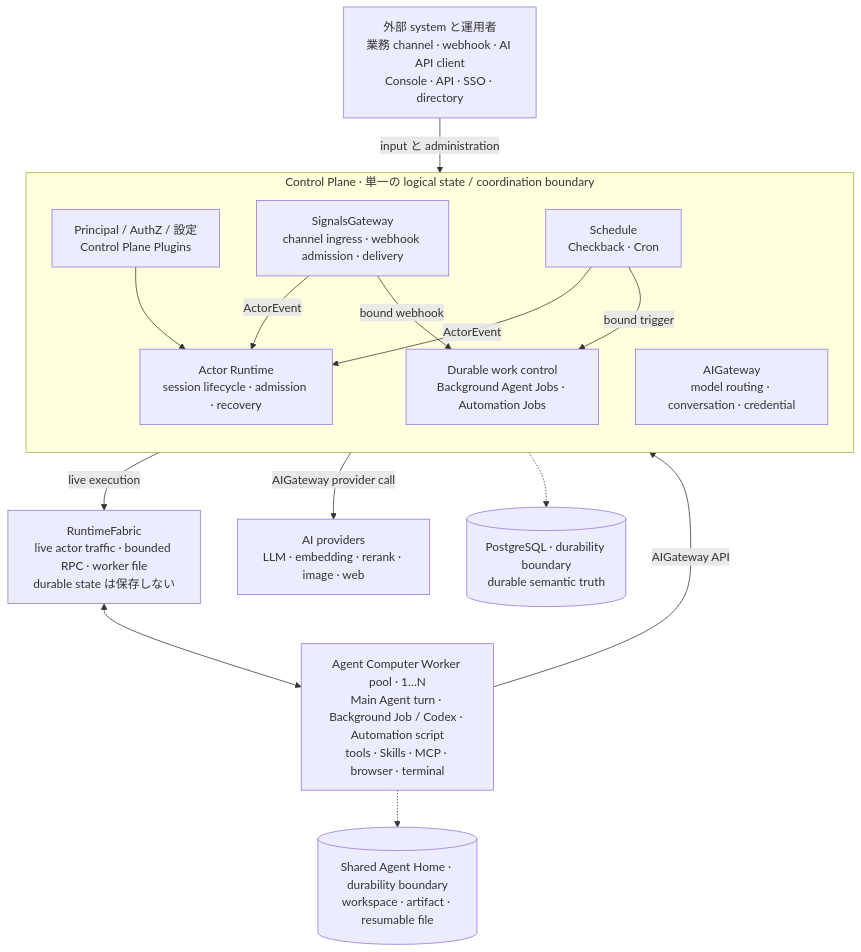
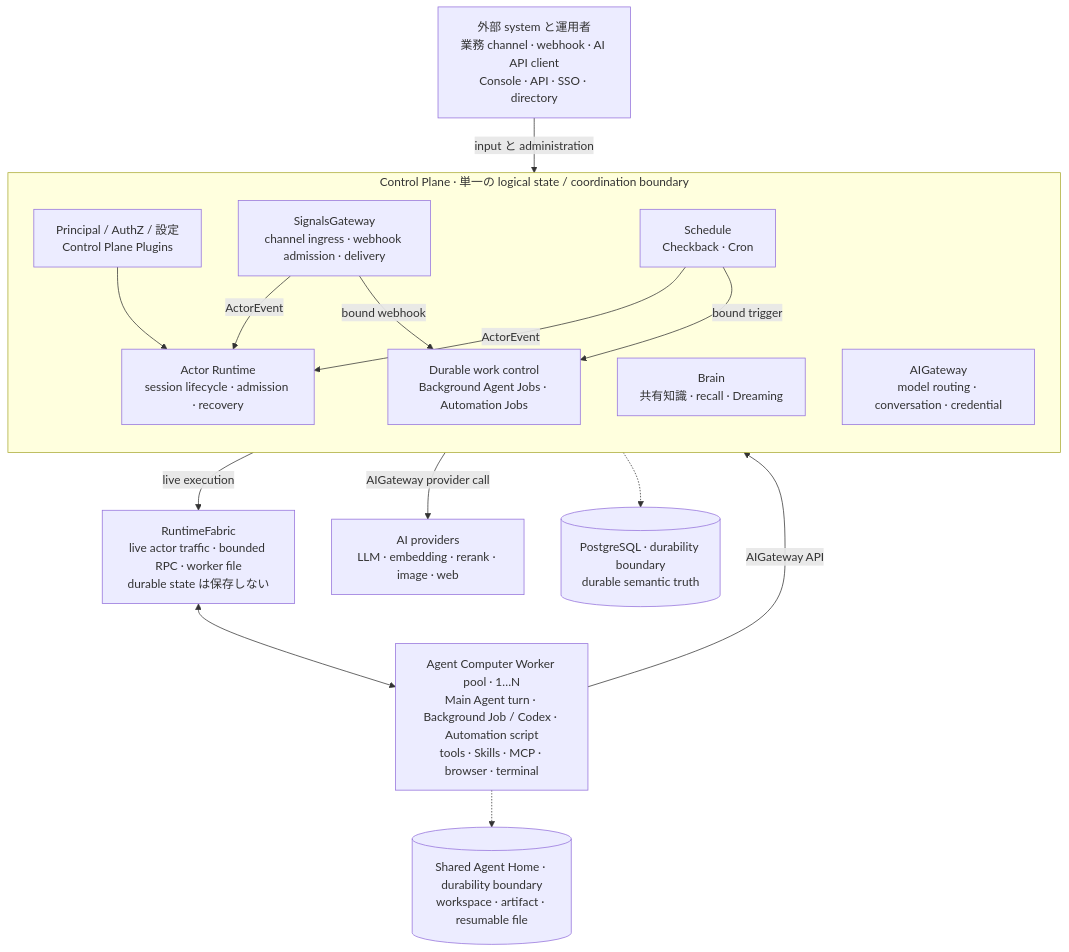
One commit to AgentBull/ankole changed the diagram in README.ja.md. Above: the diagram before and after it, drawn with Mermaid. The commit also changed other lines of this file and 261 other files, not shown here.

````diff
--- a/README.ja.md
+++ b/README.ja.md
@@ -78,34 +84,35 @@
 ```mermaid
 flowchart TB
   External["外部 system と運用者<br/>業務 channel · webhook · AI API client<br/>Console · API · SSO · directory"]
 
   subgraph Control["Control Plane · 単一の logical state / coordination boundary"]
     direction TB
     Platform["Principal / AuthZ / 設定<br/>Control Plane Plugins"]
     SG["SignalsGateway<br/>channel ingress · webhook admission · delivery"]
     Schedule["Schedule<br/>Checkback · Cron"]
     Runtime["Actor Runtime<br/>session lifecycle · admission · recovery"]
     Jobs["Durable work control<br/>Background Agent Jobs · Automation Jobs"]
+    Brain["Brain<br/>共有知識 · recall · Dreaming"]
     AI["AIGateway<br/>model routing · conversation · credential"]
   end
 
   Fabric["RuntimeFabric<br/>live actor traffic · bounded RPC · worker file<br/>durable state は保存しない"]
   Workers["Agent Computer Worker pool · 1…N<br/>Main Agent turn · Background Job / Codex · Automation script<br/>tools · Skills · MCP · browser · terminal"]
   Providers["AI providers<br/>LLM · embedding · rerank · image · web"]
 
   PG[("PostgreSQL · durability boundary<br/>durable semantic truth")]
   Home[("Shared Agent Home · durability boundary<br/>workspace · artifact · resumable file")]
 
   External -->|"input と administration"| Control
   SG -->|"ActorEvent"| Runtime
   Schedule -->|"ActorEvent"| Runtime
   SG -->|"bound webhook"| Jobs
   Schedule -->|"bound trigger"| Jobs
   Platform --> Runtime
   Control -->|"live execution"| Fabric
   Fabric <--> Workers
   Workers -->|"AIGateway API"| Control
   Control -->|"AIGateway provider call"| Providers
   Control -.-> PG
   Workers -.-> Home
 ```
````
